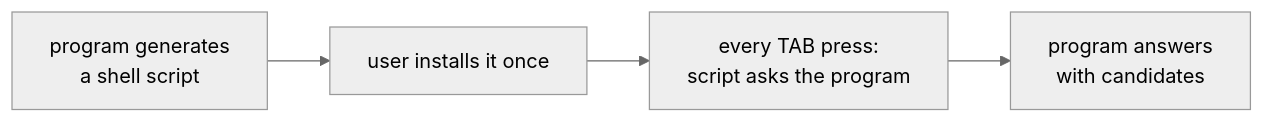
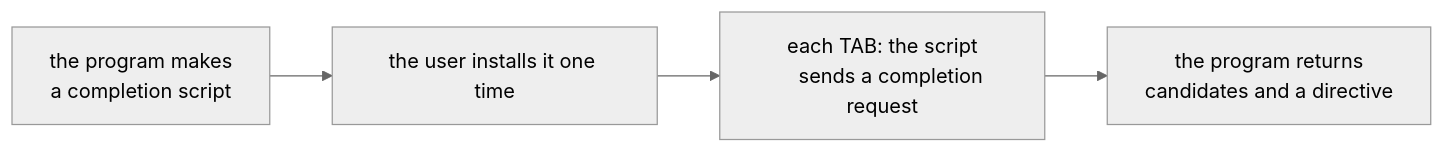
Before and after one commit to KeunwooPark/cluedoc: the second of 4 diagrams in docs/examples/cobra/.cluedoc/shell-completion/README.md, drawn with Mermaid (neutral theme). The commit also changed other lines of this file and 22 other files, not shown here.

````diff
--- a/docs/examples/cobra/.cluedoc/shell-completion/README.md
+++ b/docs/examples/cobra/.cluedoc/shell-completion/README.md
@@ -48,9 +50,9 @@
 ```mermaid
 flowchart LR
-    GEN["program generates
-    a shell script"] --> INSTALL["user installs it once"]
-    INSTALL --> TAB["every TAB press:
-    script asks the program"]
-    TAB --> ANS["program answers
-    with candidates"]
+    GEN["the program makes
+    a completion script"] --> INSTALL["the user installs it one time"]
+    INSTALL --> TAB["each TAB: the script
+    sends a completion request"]
+    TAB --> ANS["the program returns
+    candidates and a directive"]
 ```
````
